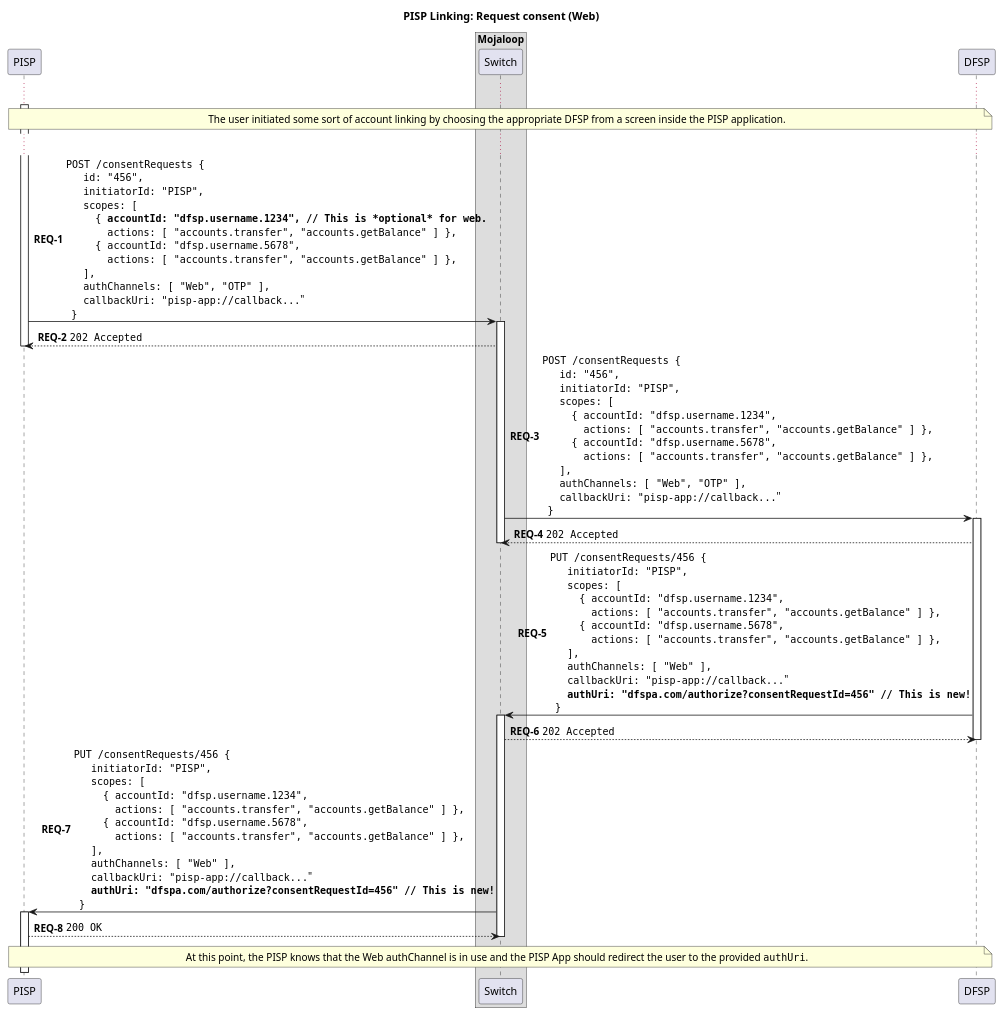
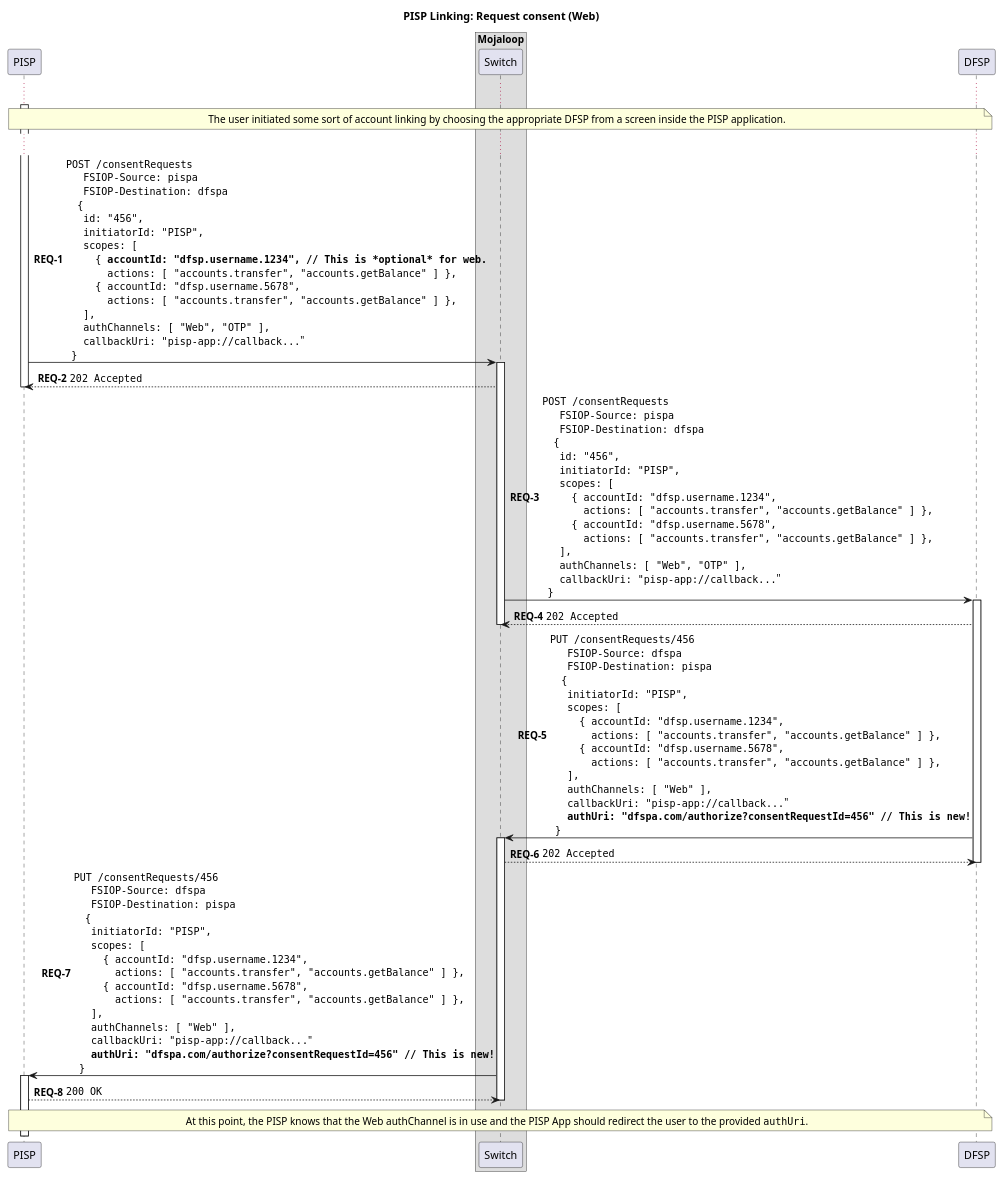
Before and after one commit to vessels-tech/pisp-1: the diagram in docs/linking/2-request-consent-web.puml, drawn with PlantUML. The commit also changed 8 other files, not shown here.

Commit message:
feat: update sequence diagrams to show correct headers

```diff
--- a/docs/linking/2-request-consent-web.puml
+++ b/docs/linking/2-request-consent-web.puml
@@ -1,90 +1,102 @@
 @startuml
 
 title PISP Linking: Request consent (Web)
 
 participant "PISP" as PISP
 
 box "Mojaloop"
     participant Switch
 end box
 
 participant DFSP
 
 autonumber 1 "<b>REQ-#</b>"
 
 activate PISP
 
 ...
 
 note over PISP, DFSP
     The user initiated some sort of account linking by choosing the appropriate DFSP from a screen inside the PISP application.
 end note
 
 ...
 
-PISP -> Switch ++: ""POST /consentRequests {""\n\
+PISP -> Switch ++: ""POST /consentRequests""\n\
+  ""  FSIOP-Source: pispa""\n\
+  ""  FSIOP-Destination: dfspa""\n\
+  "" {""\n\
   ""  id: "456",""\n\
   ""  initiatorId: "PISP",""\n\
   ""  scopes: [ ""\n\
   ""    { **accountId: "dfsp.username.1234", // This is *optional* for web.**""\n\
   ""      actions: [ "accounts.transfer", "accounts.getBalance" ] },""\n\
   ""    { accountId: "dfsp.username.5678",""\n\
   ""      actions: [ "accounts.transfer", "accounts.getBalance" ] },""\n\
   ""  ],""\n\
   ""  authChannels: [ "Web", "OTP" ],""\n\
   ""  callbackUri: "pisp-app://callback..."""\n\
   ""}""
 Switch --> PISP: ""202 Accepted""
 deactivate PISP
 
-Switch -> DFSP ++:  ""POST /consentRequests {""\n\
+Switch -> DFSP ++:  ""POST /consentRequests""\n\
+  ""  FSIOP-Source: pispa""\n\
+  ""  FSIOP-Destination: dfspa""\n\
+  "" {""\n\
   ""  id: "456",""\n\
   ""  initiatorId: "PISP",""\n\
   ""  scopes: [ ""\n\
   ""    { accountId: "dfsp.username.1234",""\n\
   ""      actions: [ "accounts.transfer", "accounts.getBalance" ] },""\n\
   ""    { accountId: "dfsp.username.5678",""\n\
   ""      actions: [ "accounts.transfer", "accounts.getBalance" ] },""\n\
   ""  ],""\n\
   ""  authChannels: [ "Web", "OTP" ],""\n\
   ""  callbackUri: "pisp-app://callback..."""\n\
   ""}""
 DFSP --> Switch: ""202 Accepted""
 deactivate Switch
 
-DFSP -> Switch ++: ""PUT /consentRequests/456 {""\n\
+DFSP -> Switch ++: ""PUT /consentRequests/456""\n\
+  ""  FSIOP-Source: dfspa""\n\
+  ""  FSIOP-Destination: pispa""\n\
+  "" {""\n\
   ""  initiatorId: "PISP",""\n\
   ""  scopes: [ ""\n\
   ""    { accountId: "dfsp.username.1234",""\n\
   ""      actions: [ "accounts.transfer", "accounts.getBalance" ] },""\n\
   ""    { accountId: "dfsp.username.5678",""\n\
   ""      actions: [ "accounts.transfer", "accounts.getBalance" ] },""\n\
   ""  ],""\n\
   ""  authChannels: [ "Web" ],""\n\
   ""  callbackUri: "pisp-app://callback..."""\n\
   ""  **authUri: "dfspa.com/authorize?consentRequestId=456" // This is new!**""\n\
   ""}""
 ' TODO: Should this be 200 OK? or 202 Accepted?
 Switch --> DFSP: ""202 Accepted""
 deactivate DFSP
 
-Switch -> PISP ++: ""PUT /consentRequests/456 {""\n\
+Switch -> PISP ++: ""PUT /consentRequests/456""\n\
+  ""  FSIOP-Source: dfspa""\n\
+  ""  FSIOP-Destination: pispa""\n\
+  "" {""\n\
   ""  initiatorId: "PISP",""\n\
   ""  scopes: [ ""\n\
   ""    { accountId: "dfsp.username.1234",""\n\
   ""      actions: [ "accounts.transfer", "accounts.getBalance" ] },""\n\
   ""    { accountId: "dfsp.username.5678",""\n\
   ""      actions: [ "accounts.transfer", "accounts.getBalance" ] },""\n\
   ""  ],""\n\
   ""  authChannels: [ "Web" ],""\n\
   ""  callbackUri: "pisp-app://callback..."""\n\
   ""  **authUri: "dfspa.com/authorize?consentRequestId=456" // This is new!**""\n\
   ""}""
 PISP --> Switch: ""200 OK""
 deactivate Switch
 
 note over PISP, DFSP
   At this point, the PISP knows that the Web authChannel is in use and the PISP App should redirect the user to the provided ""authUri"".
 end note
 
 @enduml
```
